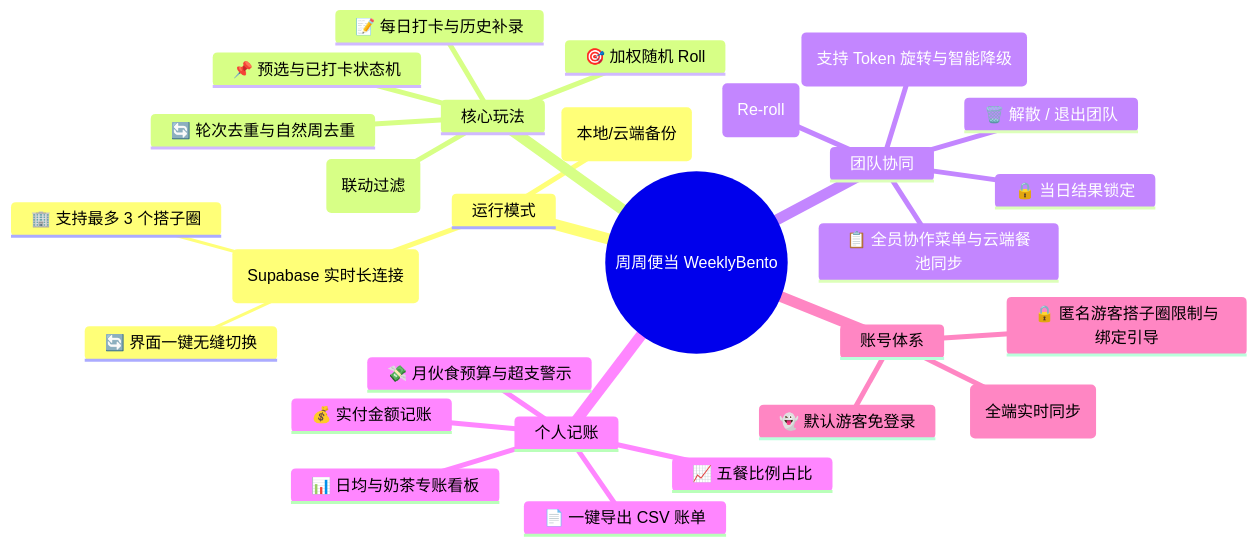
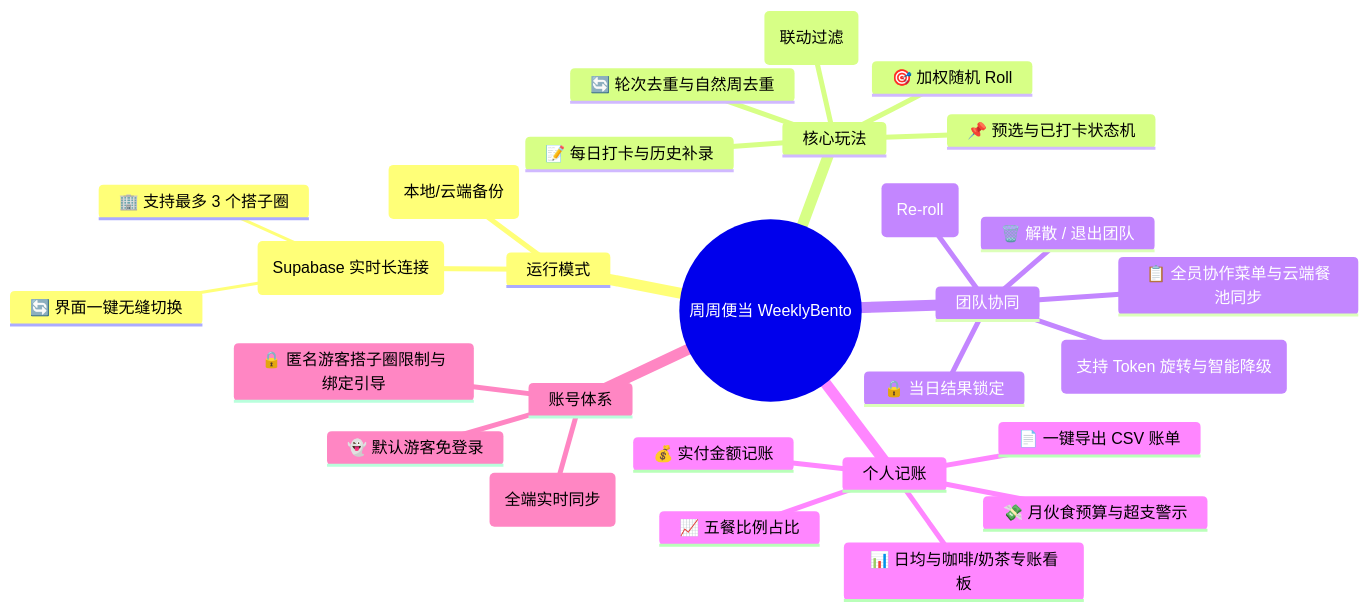
Before and after one commit to wangdengbin/weeklybento: the first of 2 diagrams in doc/GAMEPLAY_AND_RULES.md, drawn with Mermaid. The commit also changed other lines of this file and 8 other files, not shown here.

````diff
--- a/doc/GAMEPLAY_AND_RULES.md
+++ b/doc/GAMEPLAY_AND_RULES.md
@@ -11,31 +11,31 @@
 ```mermaid
 mindmap
   root((周周便当 WeeklyBento))
     运行模式
       🏠 个人独享模式 (本地/云端备份)
       👥 多团队协同模式 (Supabase 实时长连接)
         🏢 支持最多 3 个搭子圈
         🔄 界面一键无缝切换
     核心玩法
       🎯 加权随机 Roll
       🔄 轮次去重与自然周去重
       📝 每日打卡与历史补录
       🌅 5大场景餐池 (联动过滤)
       📌 预选与已打卡状态机
     团队协同
       🔒 当日结果锁定
       🎲 全员重新选定 (Re-roll)
       📋 全员协作菜单与云端餐池同步
       🔗 专属安全邀请链接 (支持 Token 旋转与智能降级)
       🗑️ 解散 / 退出团队
     个人记账
       💰 实付金额记账
-      📊 日均与奶茶专账看板
+      📊 日均与咖啡/奶茶专账看板
       📈 五餐比例占比
       💸 月伙食预算与超支警示
       📄 一键导出 CSV 账单
     账号体系
       👻 默认游客免登录
       👤 邮箱注册绑定 (全端实时同步)
       🔒 匿名游客搭子圈限制与绑定引导
 ```
````
